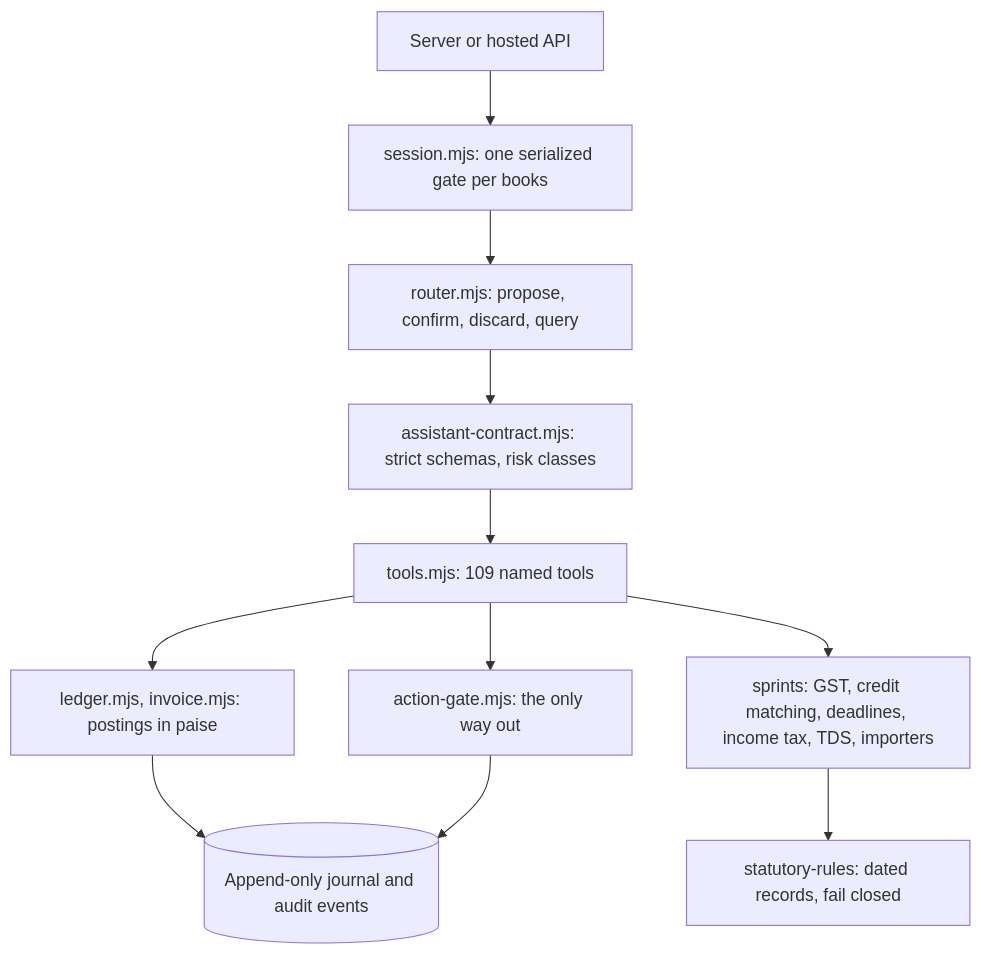
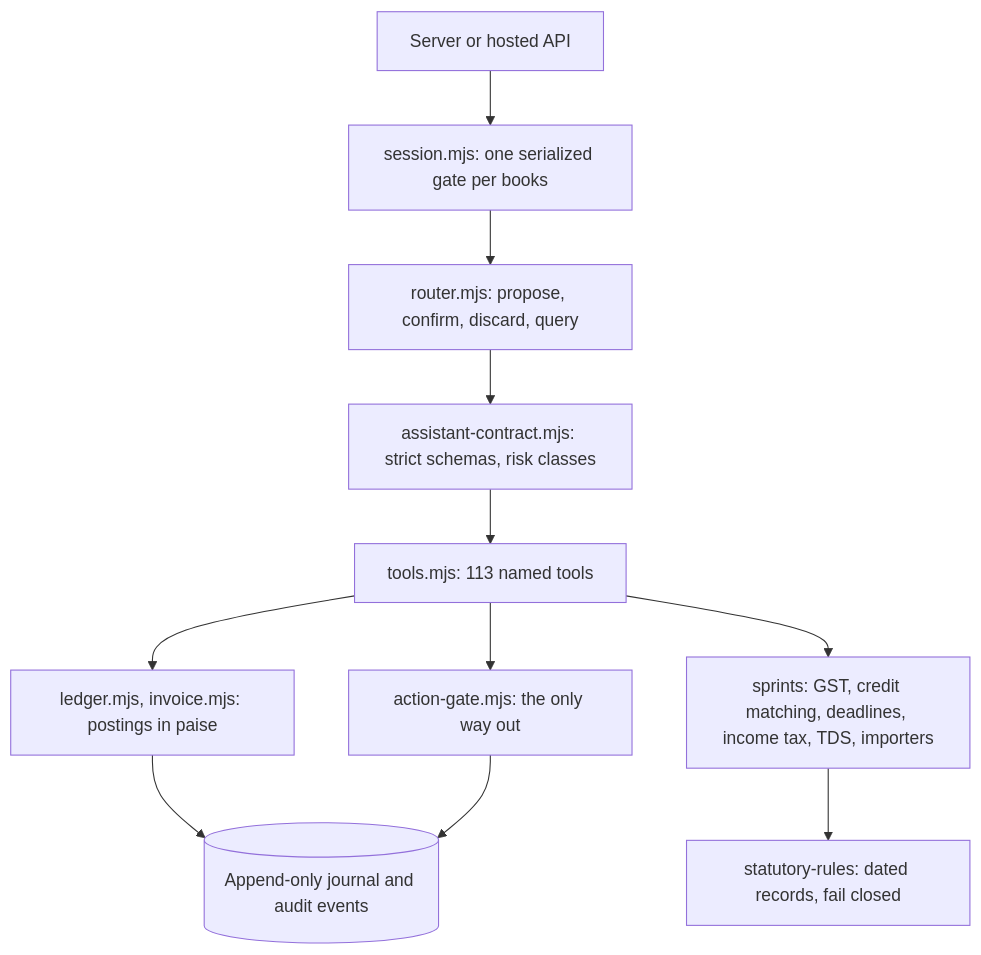
Before and after one commit to Vidyuthlabstechnologies/myca: the second of 3 diagrams in docs/architecture/ARCHITECTURE.md, drawn with Mermaid. The commit also changed other lines of this file and 27 other files, not shown here.

````diff
--- a/docs/architecture/ARCHITECTURE.md
+++ b/docs/architecture/ARCHITECTURE.md
@@ -56,13 +56,13 @@
 ```mermaid
 flowchart TD
   caller[Server or hosted API] --> session[session.mjs: one serialized gate per books]
   session --> router[router.mjs: propose, confirm, discard, query]
   router --> contract[assistant-contract.mjs: strict schemas, risk classes]
-  contract --> tools[tools.mjs: 109 named tools]
+  contract --> tools[tools.mjs: 113 named tools]
   tools --> ledger[ledger.mjs, invoice.mjs: postings in paise]
   tools --> engines[sprints: GST, credit matching, deadlines, income tax, TDS, importers]
   tools --> gate[action-gate.mjs: the only way out]
   engines --> rules[statutory-rules: dated records, fail closed]
   ledger --> journal[(Append-only journal and audit events)]
   gate --> journal
 ```
````
